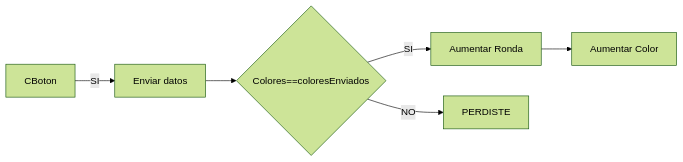
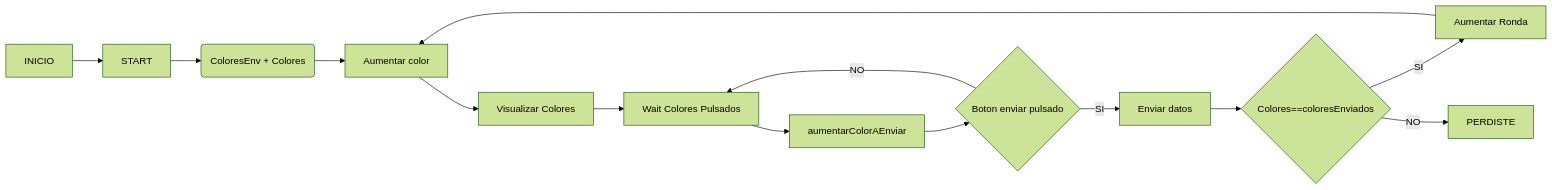
Before and after one commit to NicolasRodriguezSteuerberg/SimonDice: the first of 2 diagrams in Readme.md, drawn with Mermaid (forest theme). The commit also changed other lines of this file, not shown here.

Commit message:
Arreglo readme

````diff
--- a/Readme.md
+++ b/Readme.md
@@ -29,8 +12,16 @@
 ```mermaid
 flowchart LR
 
+I[INICIO] --> S[START]
+S --> V(ColoresEnv + Colores)
+V --> Aumentar[Aumentar color]
+Aumentar --> Vis[Visualizar Colores]
+Vis --> W[Wait Colores Pulsados]
+W --> Aumentar2[aumentarColorAEnviar]
+Aumentar2 --> CBoton{Boton enviar pulsado}
+CBoton --> |NO|W
 CBoton --> |SI|E[Enviar datos]
 E --> C{Colores==coloresEnviados}
-C --> |SI|+R[Aumentar Ronda] --> Aumentar[Aumentar Color]
+C --> |SI|+R[Aumentar Ronda] --> Aumentar
 C --> |NO| P[PERDISTE]
 ```
````
